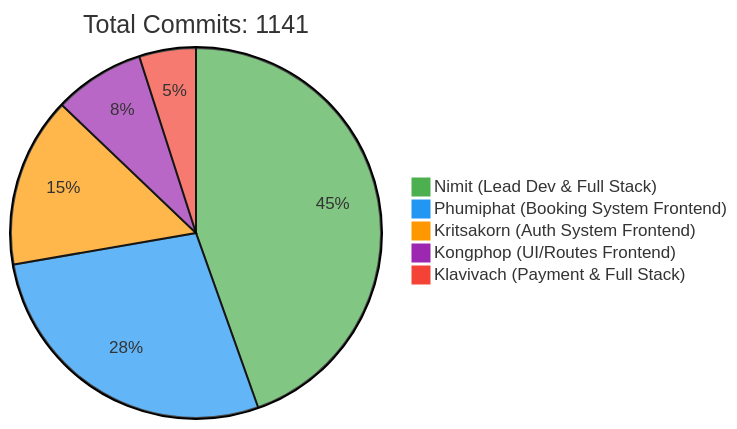
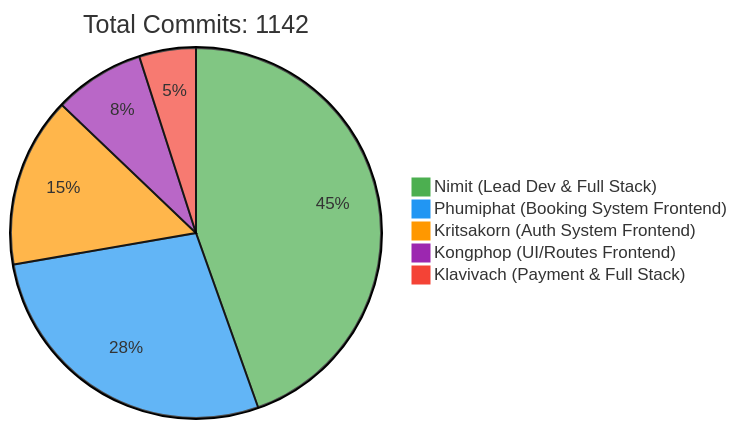
One commit to 6531503042/Sport-Complex changed the first of 2 diagrams in README.md. Above: the diagram before and after it, drawn with Mermaid. The commit also changed other lines of this file, not shown here.

Commit message:
docs: Update contributor statistics [skip ci]

````diff
--- a/README.md
+++ b/README.md
@@ -257,10 +257,10 @@
 ```mermaid
 %%{init: {'theme': 'base', 'themeVariables': { 'pie1': '#4CAF50', 'pie2': '#2196F3', 'pie3': '#FF9800', 'pie4': '#9C27B0', 'pie5': '#F44336'}}}%%
 pie
-    title Total Commits: 1141
+    title Total Commits: 1142
     "Nimit (Lead Dev & Full Stack)" : 450
     "Phumiphat (Booking System Frontend)" : 280
     "Kritsakorn (Auth System Frontend)" : 150
     "Kongphop (UI/Routes Frontend)" : 80
     "Klavivach (Payment & Full Stack)" : 50
 ```
````
